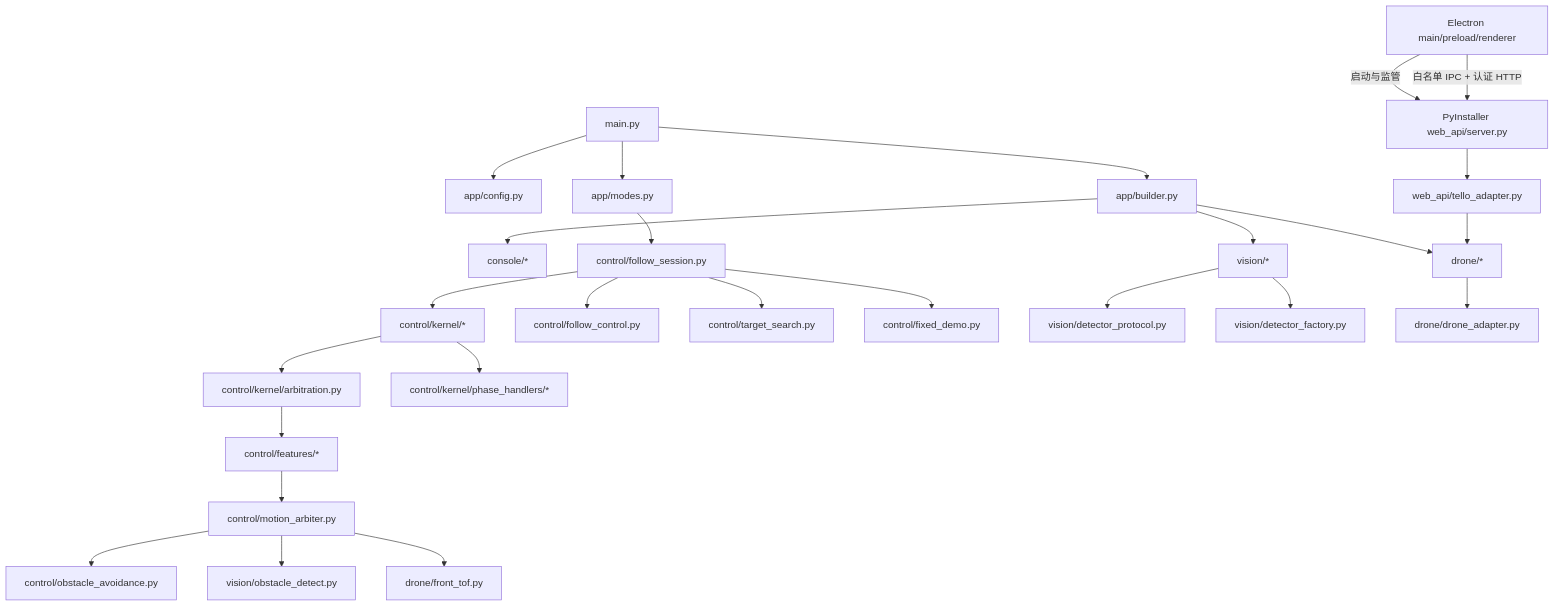
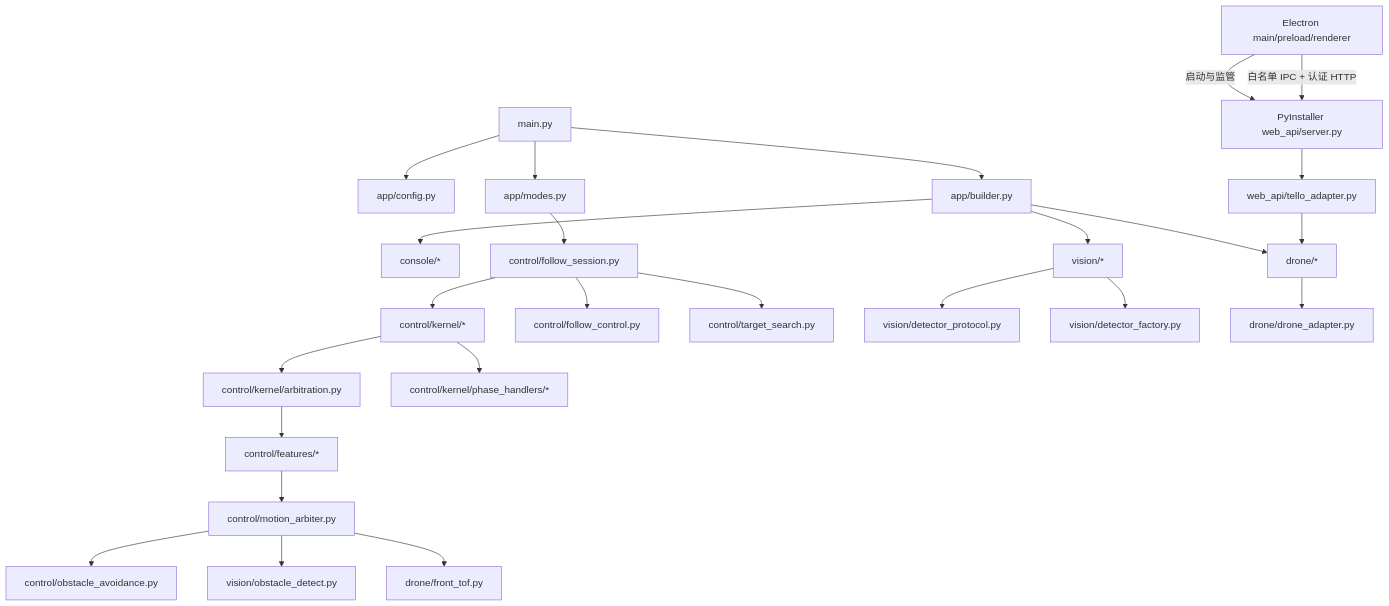
The first of 3 diagrams in docs/02-系统架构与生命周期.md (player-Muteki/PhantomFilmer), drawn with Mermaid before and after one commit. The commit also changed other lines of this file and 28 other files, not shown here.

Commit message:
remove: retire fixed demo mission flow

````diff
--- a/docs/02-系统架构与生命周期.md
+++ b/docs/02-系统架构与生命周期.md
@@ -9,28 +9,27 @@
 ```mermaid
 flowchart TD
     MAIN[main.py] --> CONFIG[app/config.py]
     MAIN --> BUILDER[app/builder.py]
     MAIN --> MODES[app/modes.py]
     DESKTOP[Electron main/preload/renderer] -->|启动与监管| WEBAPI[PyInstaller web_api/server.py]
     DESKTOP -->|白名单 IPC + 认证 HTTP| WEBAPI
     WEBAPI --> WEBADAPTER[web_api/tello_adapter.py]
     BUILDER --> CONSOLE[console/*]
     BUILDER --> DRONE[drone/*]
     BUILDER --> VISION[vision/*]
     MODES --> SESSION[control/follow_session.py]
     SESSION --> KERNEL[control/kernel/*]
     SESSION --> CTRL[control/follow_control.py]
     SESSION --> SEARCH[control/target_search.py]
-    SESSION --> FIXED[control/fixed_demo.py]
     KERNEL --> ARBIT[control/kernel/arbitration.py]
     KERNEL --> PHASES[control/kernel/phase_handlers/*]
     ARBIT --> FEATURES[control/features/*]
     FEATURES --> ARBITER[control/motion_arbiter.py]
     ARBITER --> OBS[control/obstacle_avoidance.py]
     ARBITER --> VOBST[vision/obstacle_detect.py]
     ARBITER --> TOF[drone/front_tof.py]
     VISION --> DPROTO[vision/detector_protocol.py]
     VISION --> DFAC[vision/detector_factory.py]
     DRONE --> DADAPT[drone/drone_adapter.py]
     WEBADAPTER --> DRONE
 ```
````
